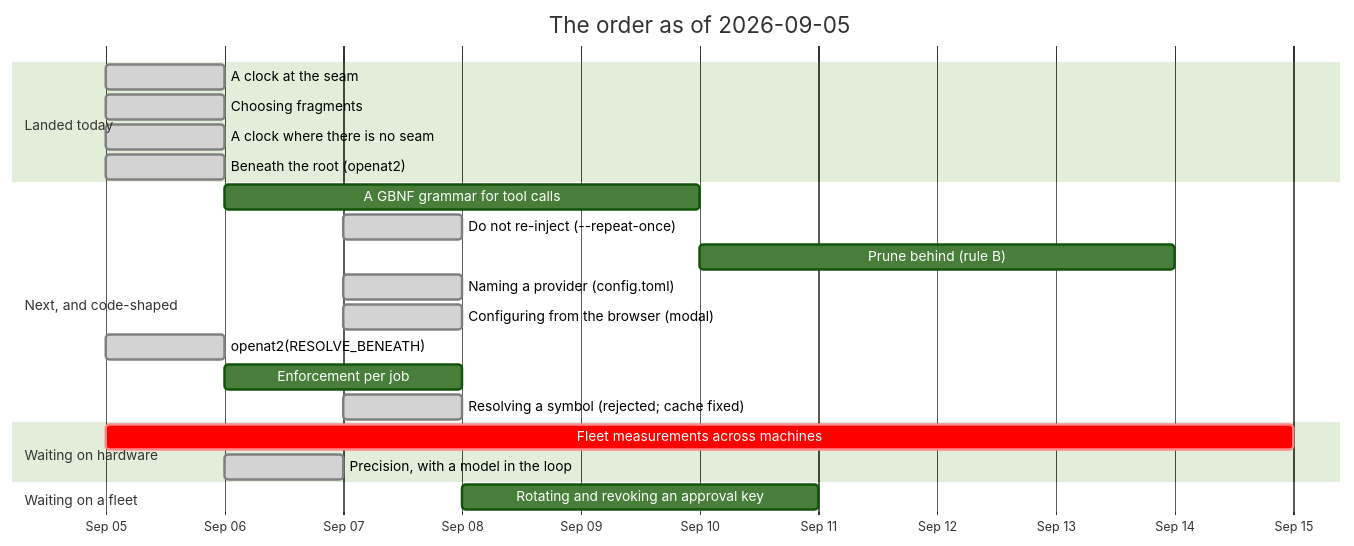
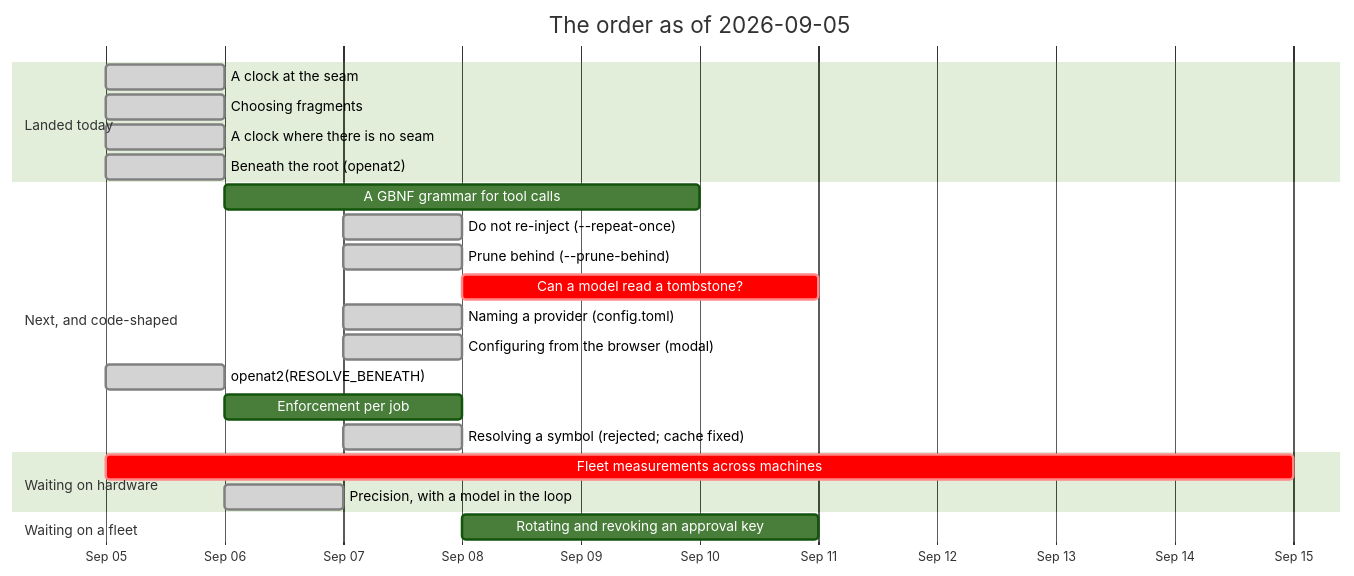
One commit to jgermade/luu changed the diagram in ROADMAP/2026-09-05/README.md. Above: the diagram before and after it, drawn with Mermaid (forest theme). The commit also changed other lines of this file and 15 other files, not shown here.

````diff
--- a/ROADMAP/2026-09-05/README.md
+++ b/ROADMAP/2026-09-05/README.md
@@ -44,25 +44,26 @@
 ```mermaid
 gantt
     title The order as of 2026-09-05
     dateFormat YYYY-MM-DD
     axisFormat %b %d
     section Landed today
     A clock at the seam                    :done, clock, 2026-09-05, 1d
     Choosing fragments                     :done, frag, 2026-09-05, 1d
     A clock where there is no seam         :done, hostclock, 2026-09-05, 1d
     Beneath the root (openat2)             :done, toctou2, 2026-09-05, 1d
     section Next, and code-shaped
     A GBNF grammar for tool calls          :gbnf, 2026-09-06, 4d
     Do not re-inject (--repeat-once)       :done, reinject, 2026-09-07, 1d
-    Prune behind (rule B)                  :prune, after gbnf, 4d
+    Prune behind (--prune-behind)          :done, prune, 2026-09-07, 1d
+    Can a model read a tombstone?          :crit, stone, 2026-09-08, 3d
     Naming a provider (config.toml)        :done, prov, 2026-09-07, 1d
     Configuring from the browser (modal)   :done, modal, 2026-09-07, 1d
     openat2(RESOLVE_BENEATH)               :done, toctou, 2026-09-05, 1d
     Enforcement per job                    :enf, 2026-09-06, 2d
     Resolving a symbol (rejected; cache fixed) :done, sym, 2026-09-07, 1d
     section Waiting on hardware
     Fleet measurements across machines     :crit, bench, 2026-09-05, 10d
     Precision, with a model in the loop    :done, prec, 2026-09-06, 1d
     section Waiting on a fleet
     Rotating and revoking an approval key  :keys, after enf, 3d
 ```
````
